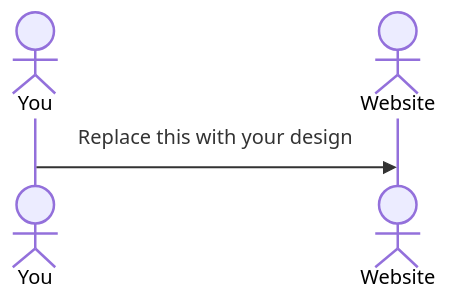
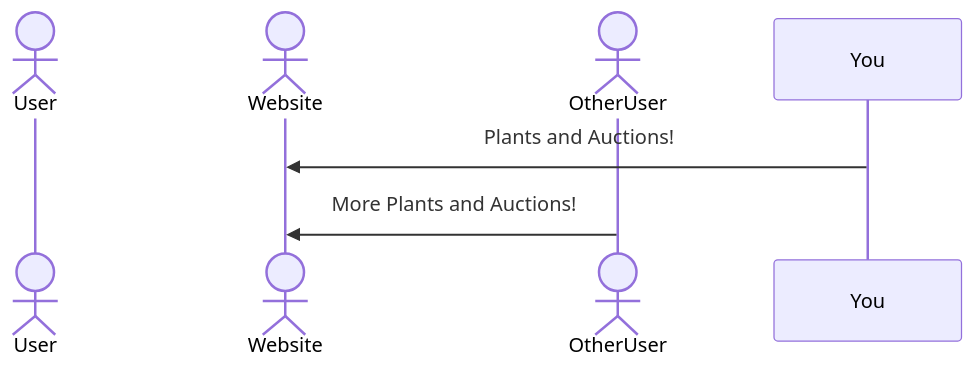
One commit to Lmannumb/startup changed the diagram in README.md. Above: the diagram before and after it, drawn with Mermaid. The commit also changed other lines of this file, not shown here.

````diff
--- a/README.md
+++ b/README.md
@@ -35,6 +35,8 @@
 ```mermaid
 sequenceDiagram
-    actor You
+    actor User
     actor Website
-    You->>Website: Replace this with your design
+    actor OtherUser
+    You->>Website: Plants and Auctions!
+    OtherUser->>Website: More Plants and Auctions!
 ```
````
